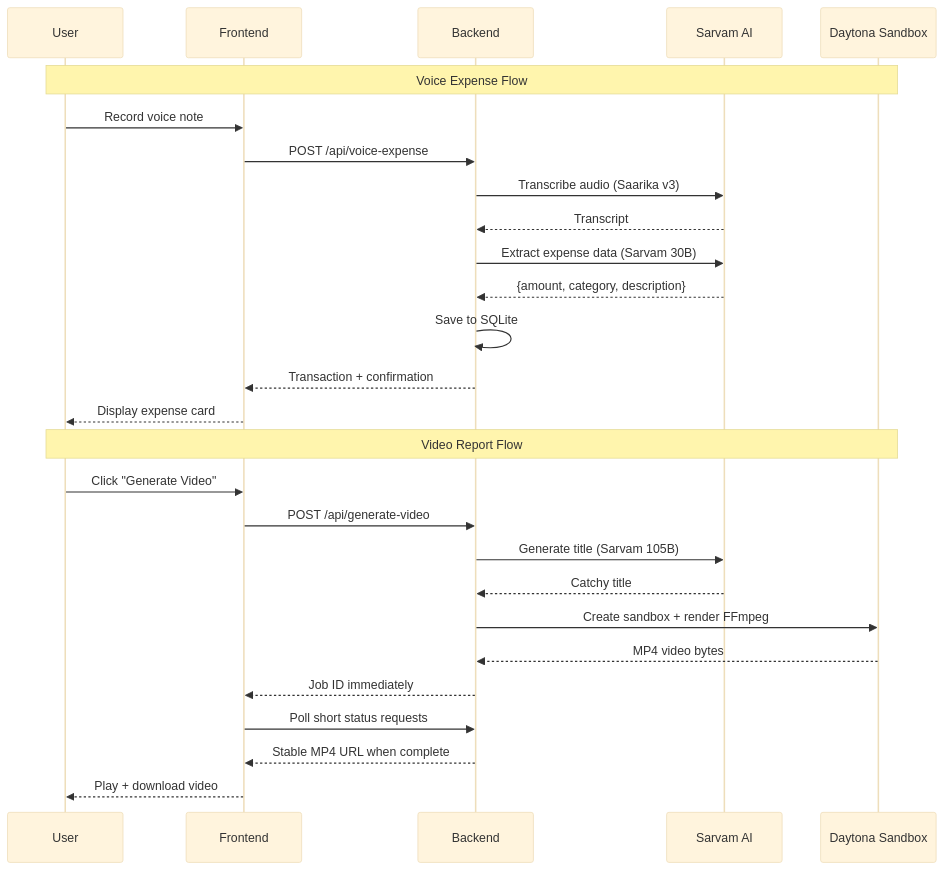
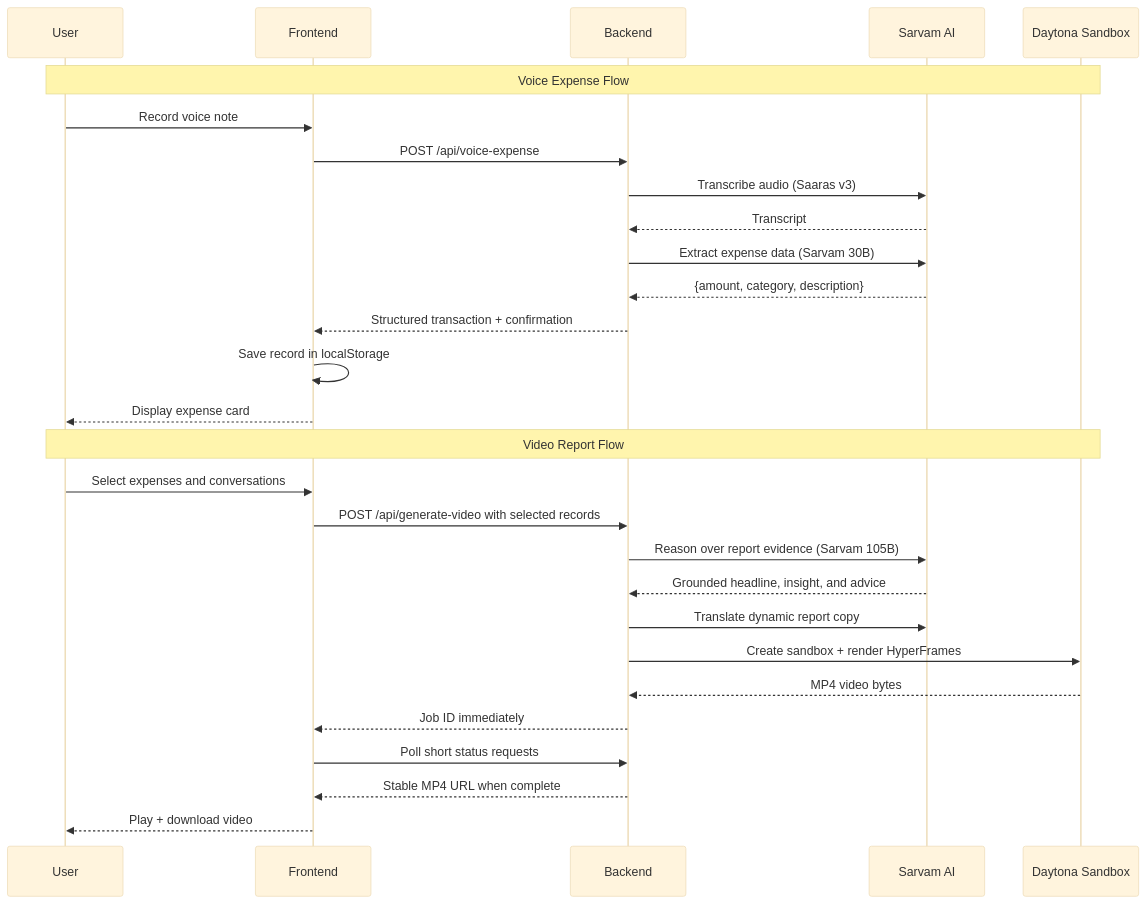
The second of 2 diagrams in README.md (perfect7613/hisabvani), drawn with Mermaid (base theme) before and after one commit. The commit also changed other lines of this file and 21 other files, not shown here.

Commit message:
feat: build local household report workflow

````diff
--- a/README.md
+++ b/README.md
@@ -60,31 +64,32 @@
 ```mermaid
 sequenceDiagram
     participant U as User
     participant F as Frontend
     participant B as Backend
     participant S as Sarvam AI
     participant D as Daytona Sandbox
 
     Note over U,D: Voice Expense Flow
     U->>F: Record voice note
     F->>B: POST /api/voice-expense
-    B->>S: Transcribe audio (Saarika v3)
+    B->>S: Transcribe audio (Saaras v3)
     S-->>B: Transcript
     B->>S: Extract expense data (Sarvam 30B)
     S-->>B: {amount, category, description}
-    B->>B: Save to SQLite
-    B-->>F: Transaction + confirmation
+    B-->>F: Structured transaction + confirmation
+    F->>F: Save record in localStorage
     F-->>U: Display expense card
 
     Note over U,D: Video Report Flow
-    U->>F: Click "Generate Video"
-    F->>B: POST /api/generate-video
-    B->>S: Generate title (Sarvam 105B)
-    S-->>B: Catchy title
-    B->>D: Create sandbox + render FFmpeg
+    U->>F: Select expenses and conversations
+    F->>B: POST /api/generate-video with selected records
+    B->>S: Reason over report evidence (Sarvam 105B)
+    S-->>B: Grounded headline, insight, and advice
+    B->>S: Translate dynamic report copy
+    B->>D: Create sandbox + render HyperFrames
     D-->>B: MP4 video bytes
     B-->>F: Job ID immediately
     F->>B: Poll short status requests
     B-->>F: Stable MP4 URL when complete
     F-->>U: Play + download video
 ```
````
